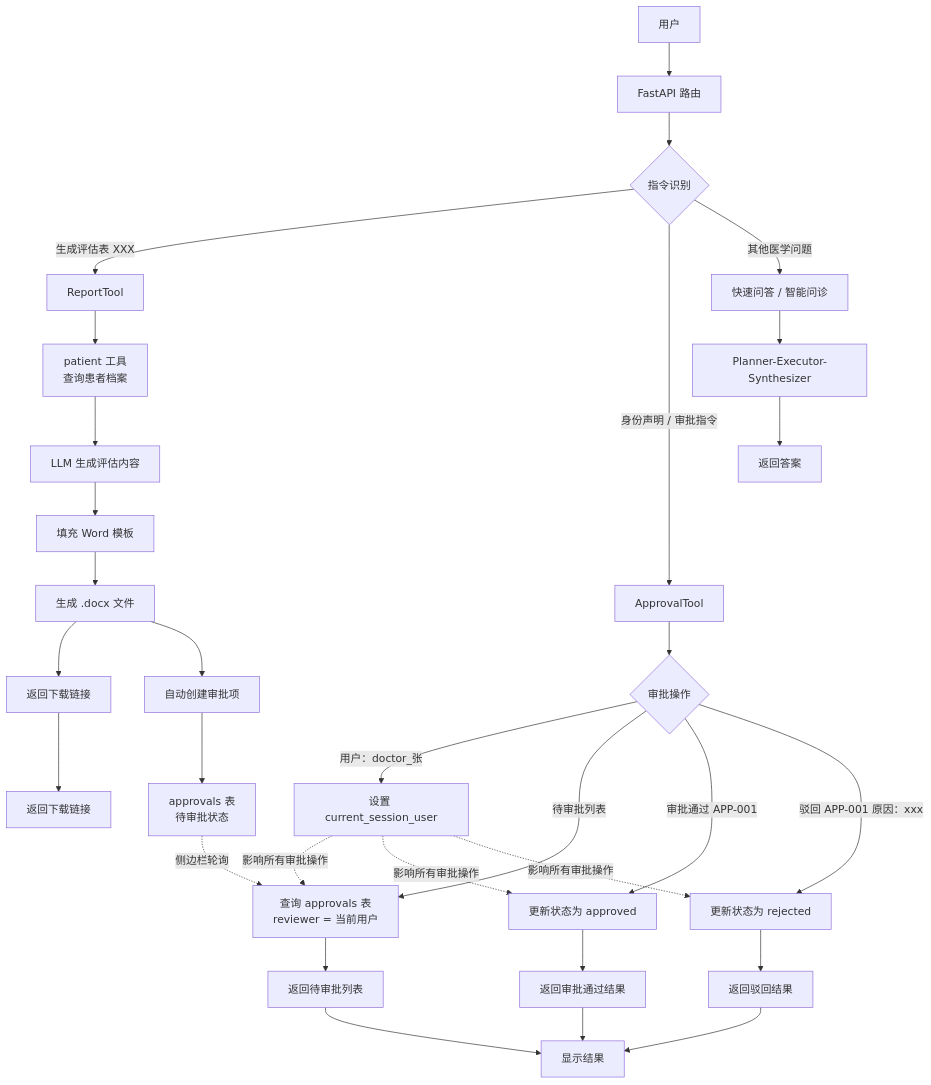
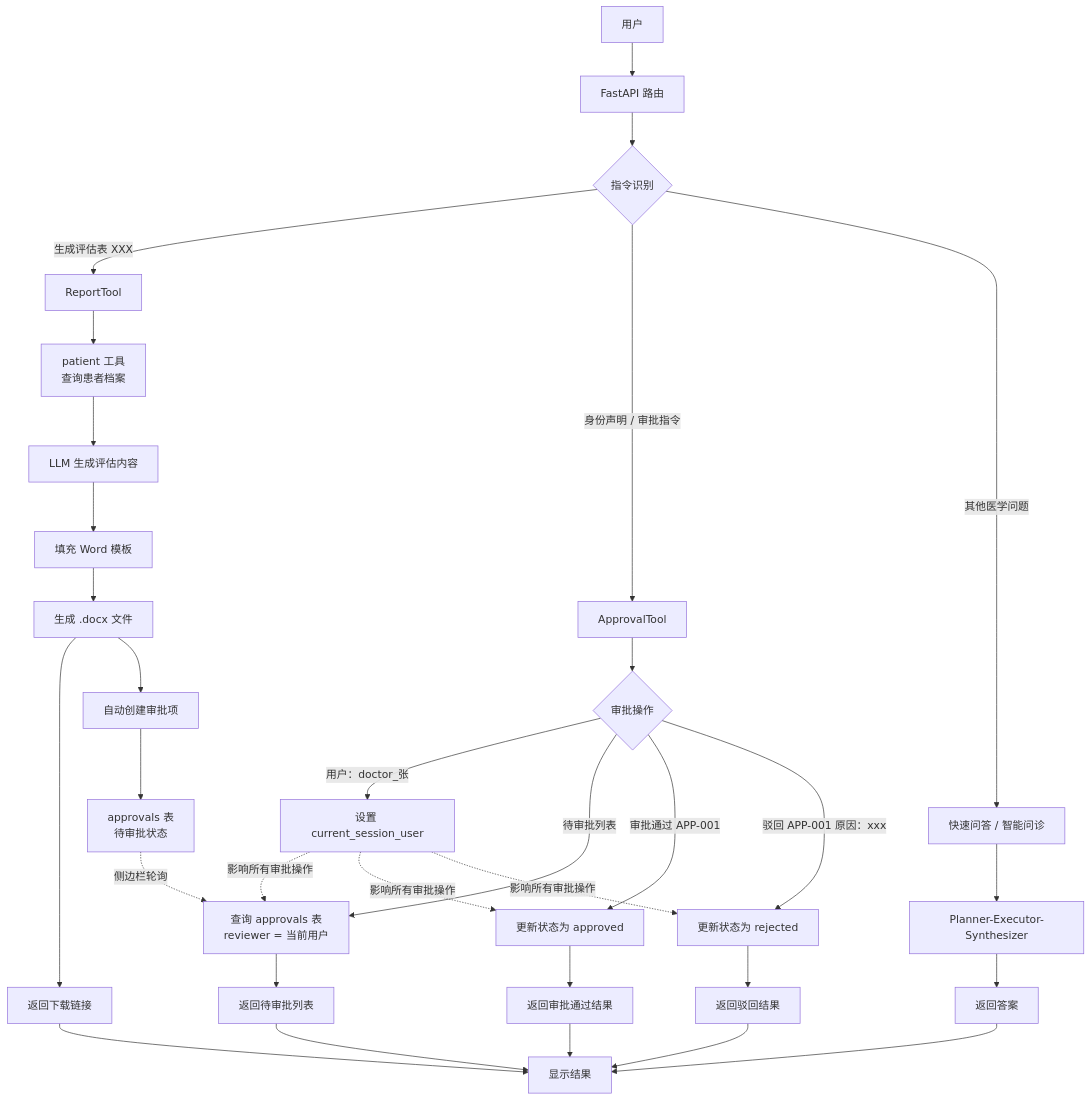
The third of 3 diagrams in README.md (Dillon-Xue/med_agent_v1), drawn with Mermaid before and after one commit.

Commit message:
docs: 更新 README 中的 V3 架构图
- 修正 V3 架构 Mermaid 图
- 所有输出路径汇聚到 显示结果 节点
- 完善多租户+审批流程的可视化

````diff
--- a/README.md
+++ b/README.md
@@ -83,40 +83,42 @@
 ```mermaid
 graph TD
     A[用户] --> B[FastAPI 路由]
     B --> C{指令识别}
     
     C -->|"生成评估表 XXX"| D[ReportTool]
     C -->|身份声明 / 审批指令| E[ApprovalTool]
     C -->|其他医学问题| F[快速问答 / 智能问诊]
     
     D --> G[patient 工具<br>查询患者档案]
     G --> H[LLM 生成评估内容]
     H --> I[填充 Word 模板]
     I --> J[生成 .docx 文件]
     J --> K[返回下载链接]
     J --> L[自动创建审批项]
     
     L --> M[approvals 表<br>待审批状态]
     
     E --> N{审批操作}
     N -->|"用户：doctor_张"| O[设置 current_session_user]
     N -->|"待审批列表"| P[查询 approvals 表<br>reviewer = 当前用户]
     N -->|"审批通过 APP-001"| Q[更新状态为 approved]
     N -->|"驳回 APP-001 原因：xxx"| R[更新状态为 rejected]
     
     P --> S[返回待审批列表]
     Q --> T[返回审批通过结果]
     R --> U[返回驳回结果]
     
     M -.->|侧边栏轮询| P
     O -.->|影响所有审批操作| P
     O -.->|影响所有审批操作| Q
     O -.->|影响所有审批操作| R
     
     F --> V[Planner-Executor-Synthesizer]
     V --> W[返回答案]
-    K --> X[返回下载链接]
-    S --> Y[显示列表]
+    
+    K --> Y[显示结果]
+    W --> Y[显示结果]
+    S --> Y[显示结果]
     T --> Y[显示结果]
     U --> Y[显示结果]
 ```
````
